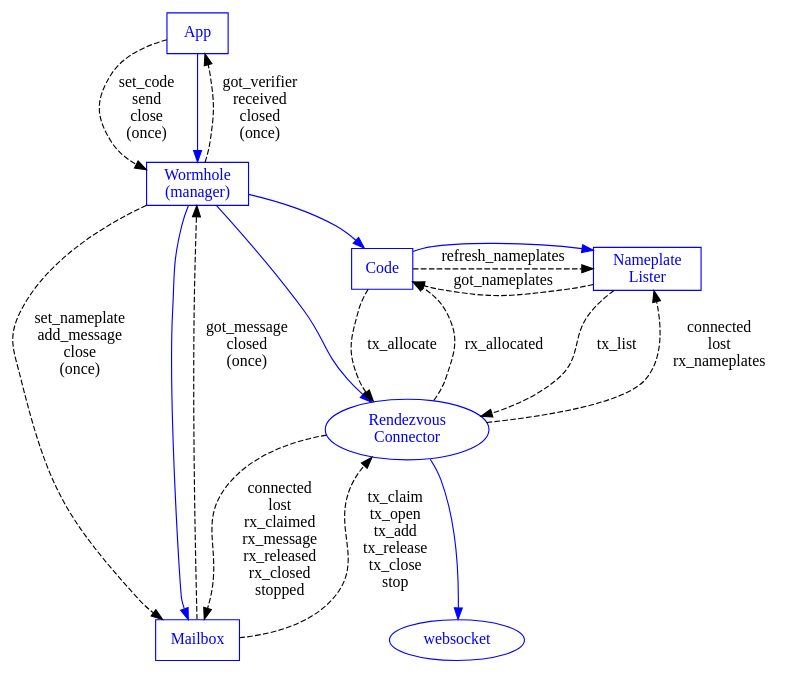
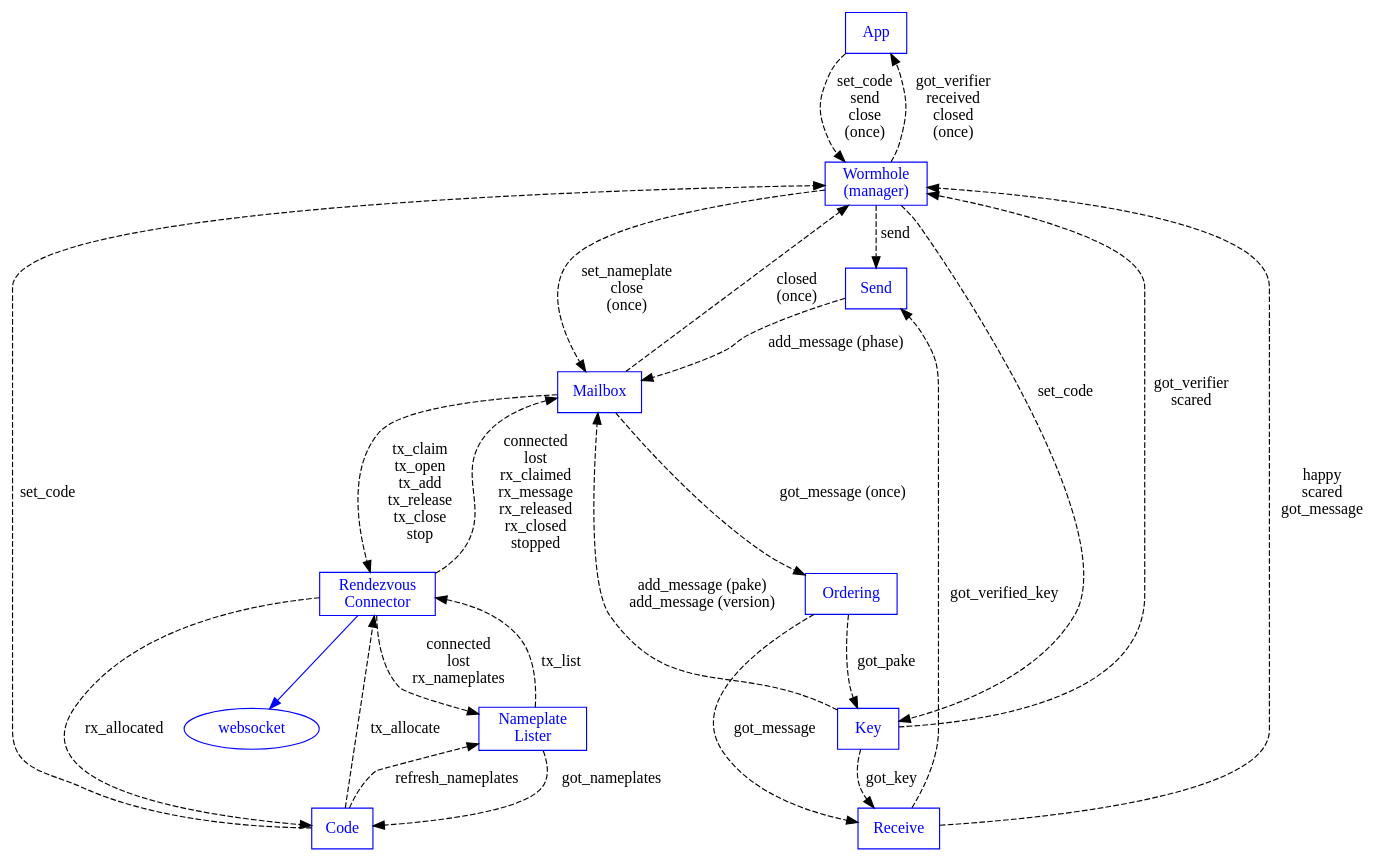
Before and after one commit to magic-wormhole/magic-wormhole: the diagram in docs/machines.dot, drawn with Graphviz. The commit also changed 7 other files, not shown here.

```diff
--- a/docs/machines.dot
+++ b/docs/machines.dot
@@ -1,61 +1,80 @@
 digraph {
         App [shape="box" color="blue" fontcolor="blue"]
         Wormhole [shape="box" label="Wormhole\n(manager)"
                   color="blue" fontcolor="blue"]
         Mailbox [shape="box" color="blue" fontcolor="blue"]
         Connection [label="Rendezvous\nConnector"
-                    shape="oval" color="blue" fontcolor="blue"]
-        websocket [shape="oval" color="blue" fontcolor="blue"]
+                    shape="box" color="blue" fontcolor="blue"]
+        websocket [color="blue" fontcolor="blue"]
+        Order [shape="box" label="Ordering" color="blue" fontcolor="blue"]
+        Key [shape="box" label="Key" color="blue" fontcolor="blue"]
+        Send [shape="box" label="Send" color="blue" fontcolor="blue"]
+        Receive [shape="box" label="Receive" color="blue" fontcolor="blue"]
         Code [shape="box" label="Code" color="blue" fontcolor="blue"]
         Nameplates [shape="box" label="Nameplate\nLister"
                     color="blue" fontcolor="blue"
                     ]
-        {rank=same; Nameplates Code}
 
         Connection -> websocket [color="blue"]
+        #Connection -> Order [color="blue"]
 
         App -> Wormhole [style="dashed" label="set_code\nsend\nclose\n(once)"]
-        App -> Wormhole [color="blue"]
+        #App -> Wormhole [color="blue"]
         Wormhole -> App [style="dashed" label="got_verifier\nreceived\nclosed\n(once)"]
 
-        Wormhole -> Connection [color="blue"]
+        #Wormhole -> Connection [color="blue"]
+
+        Wormhole -> Send [style="dashed" label="send"]
 
         Wormhole -> Mailbox [style="dashed"
-                             label="set_nameplate\nadd_message\nclose\n(once)"
+                             label="set_nameplate\nclose\n(once)"
                              ]
-        Wormhole -> Mailbox [color="blue"]
-        Mailbox -> Wormhole [style="dashed"
-                             label="got_message\nclosed\n(once)"
-                             ]
+        #Wormhole -> Mailbox [color="blue"]
+        Mailbox -> Wormhole [style="dashed" label="closed\n(once)"]
+        Mailbox -> Order [style="dashed" label="got_message (once)"]
+        Wormhole -> Key [style="dashed" label="set_code"]
+        Key -> Wormhole [style="dashed" label="got_verifier\nscared"]
+        Order -> Key [style="dashed" label="got_pake"]
+        Order -> Receive [style="dashed" label="got_message"]
+        #Wormhole -> Key [color="blue"]
+        Key -> Mailbox [style="dashed" label="add_message (pake)\nadd_message (version)"]
+        Receive -> Send [style="dashed" label="got_verified_key"]
+        Send -> Mailbox [style="dashed" label="add_message (phase)"]
+
+        Key -> Receive [style="dashed" label="got_key"]
+        Receive -> Wormhole [style="dashed"
+                             label="happy\nscared\ngot_message"]
 
         Mailbox -> Connection [style="dashed"
                                label="tx_claim\ntx_open\ntx_add\ntx_release\ntx_close\nstop"
                                ]
         Connection -> Mailbox [style="dashed"
                                label="connected\nlost\nrx_claimed\nrx_message\nrx_released\nrx_closed\nstopped"]
 
         Connection -> Nameplates [style="dashed"
                                   label="connected\nlost\nrx_nameplates"
                                   ]
         Nameplates -> Connection [style="dashed"
                                   label="tx_list"
                                   ]
 
-        Wormhole -> Code [color="blue"]
+        #Wormhole -> Code [color="blue"]
         Code -> Connection [style="dashed"
                             label="tx_allocate"
                             ]
         Connection -> Code [style="dashed"
                             label="rx_allocated"]
         Nameplates -> Code [style="dashed"
                             label="got_nameplates"
                             ]
-        Code -> Nameplates [color="blue"]
+        #Code -> Nameplates [color="blue"]
         Code -> Nameplates [style="dashed"
                             label="refresh_nameplates"
                             ]
+        Code -> Wormhole [style="dashed"
+                          label="set_code"]
         
         
 
 
 }
```
